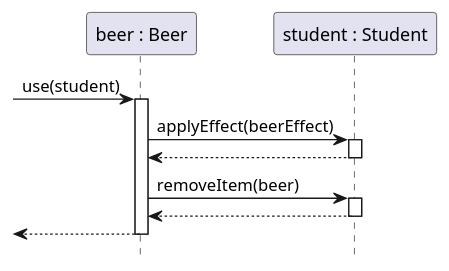
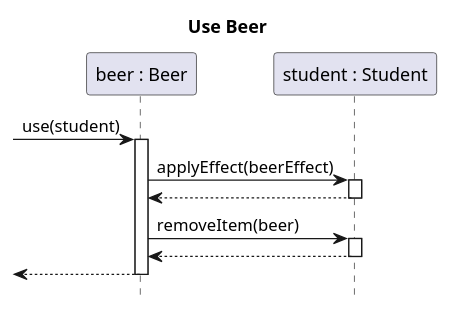
Before and after one commit to sn4k3ch4rm3r/logarlec: the diagram in docs/diagrams/sequence/beer-use.puml, drawn with PlantUML. The commit also changed 8 other files, not shown here.

Commit message:
Added title to the diagrams

```diff
--- a/docs/diagrams/sequence/beer-use.puml
+++ b/docs/diagrams/sequence/beer-use.puml
@@ -1,15 +1,15 @@
 @startuml beer
-
+title Use Beer
 hide footbox
 
 participant "beer : Beer" as beer
 participant "student : Student" as student
 
 [-> beer ++: use(student)
 beer -> student ++ : applyEffect(beerEffect)
 student --> beer --
 beer -> student ++ : removeItem(beer)
 student --> beer --
 [<-- beer --
 
 @enduml
```
